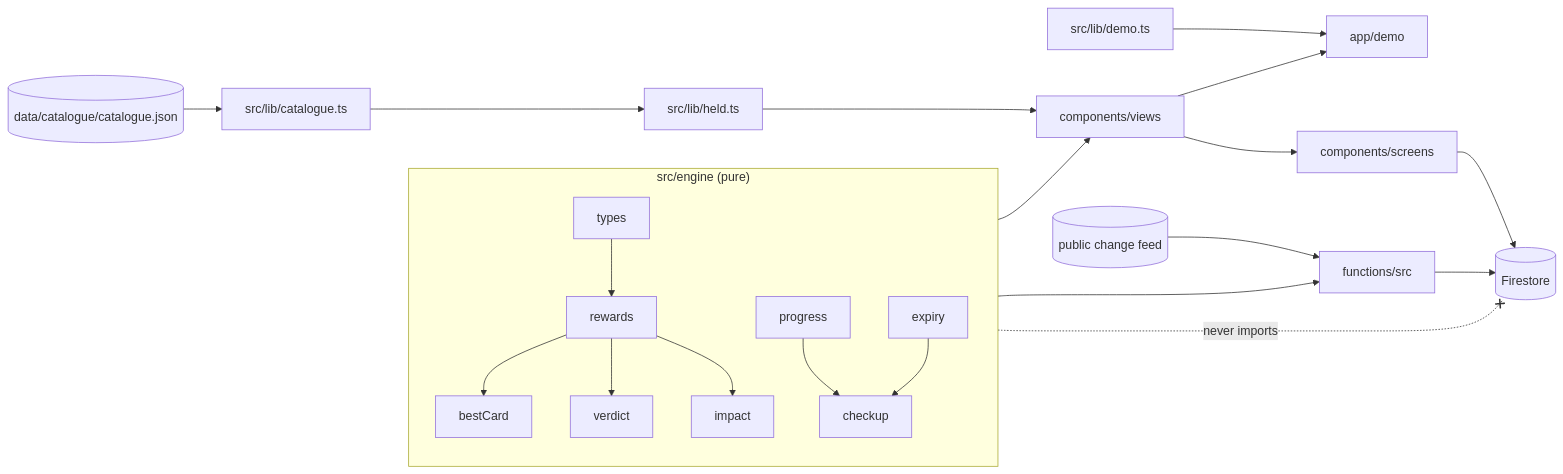
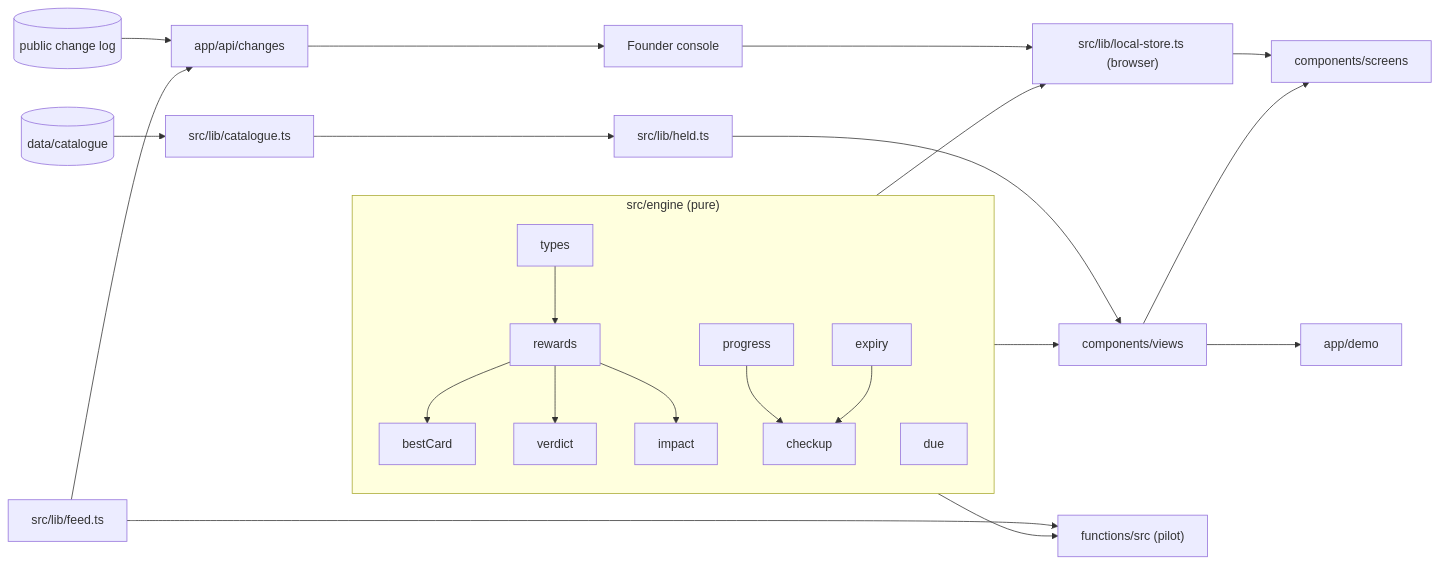
Before and after one commit to Asha0509/Clutch_MVP: the first of 5 diagrams in README.md, drawn with Mermaid. The commit also changed other lines of this file and 5 other files, not shown here.

````diff
--- a/README.md
+++ b/README.md
@@ -192,22 +207,25 @@
 ```mermaid
 flowchart LR
   subgraph engine["src/engine (pure)"]
     types --> rewards --> bestCard
     rewards --> verdict
     rewards --> impact
     progress --> checkup
     expiry --> checkup
+    due
   end
-  cat[("data/catalogue/catalogue.json")] --> catalogue["src/lib/catalogue.ts"]
+  cat[("data/catalogue")] --> catalogue["src/lib/catalogue.ts"]
   catalogue --> held["src/lib/held.ts"]
   held --> views["components/views"]
   engine --> views
-  demo["src/lib/demo.ts"] --> demopages["app/demo"]
-  views --> demopages
-  views --> screens["components/screens"]
-  screens --> fs[("Firestore")]
-  feed[("public change feed")] --> fn["functions/src"]
-  engine --> fn
-  fn --> fs
-  engine -. "never imports" .-x fs
+  store["src/lib/local-store.ts (browser)"] --> screens["components/screens"]
+  views --> screens
+  views --> demopages["app/demo"]
+  feedsrc[("public change log")] --> api["app/api/changes"]
+  feed["src/lib/feed.ts"] --> api
+  api --> console["Founder console"]
+  console --> store
+  engine --> store
+  engine --> fn["functions/src (pilot)"]
+  feed --> fn
 ```
````
